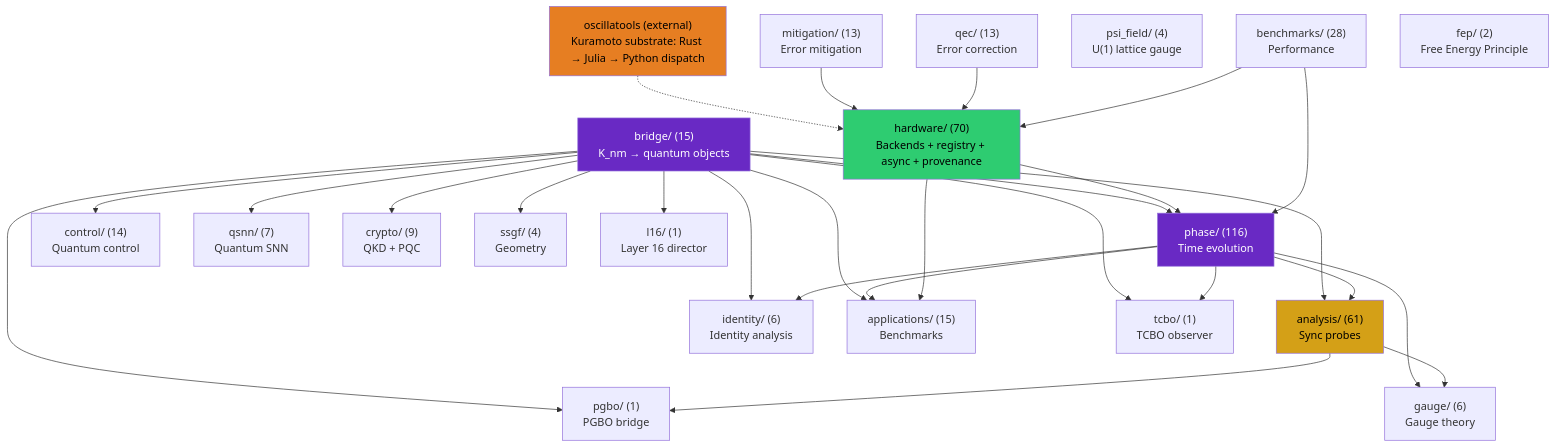
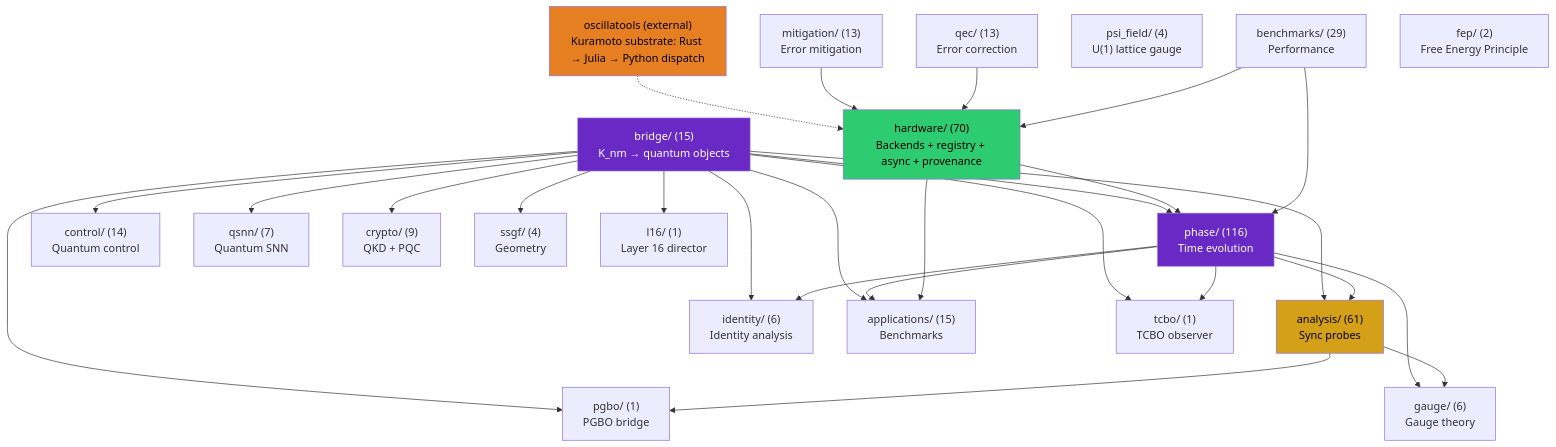
One commit to anulum/scpn-quantum-control changed the first of 4 diagrams in docs/architecture.md. Above: the diagram before and after it, drawn with Mermaid. The commit also changed other lines of this file and 9 other files, not shown here.

````diff
--- a/docs/architecture.md
+++ b/docs/architecture.md
@@ -362,55 +362,55 @@
 ```mermaid
 graph TD
     bridge["bridge/ (15)\nK_nm → quantum objects"]
     phase["phase/ (116)\nTime evolution"]
     analysis["analysis/ (61)\nSync probes"]
     control["control/ (14)\nQuantum control"]
     qsnn["qsnn/ (7)\nQuantum SNN"]
     identity["identity/ (6)\nIdentity analysis"]
     hardware["hardware/ (70)\nBackends + registry + async + provenance"]
     mitigation["mitigation/ (13)\nError mitigation"]
     qec["qec/ (13)\nError correction"]
     gauge["gauge/ (6)\nGauge theory"]
     apps["applications/ (15)\nBenchmarks"]
     crypto["crypto/ (9)\nQKD + PQC"]
-    benchmarks["benchmarks/ (28)\nPerformance"]
+    benchmarks["benchmarks/ (29)\nPerformance"]
     ssgf["ssgf/ (4)\nGeometry"]
     psi_field["psi_field/ (4)\nU(1) lattice gauge"]
     oscillatools["oscillatools (external)\nKuramoto substrate: Rust → Julia → Python dispatch"]
     fep["fep/ (2)\nFree Energy Principle"]
     tcbo["tcbo/ (1)\nTCBO observer"]
     pgbo["pgbo/ (1)\nPGBO bridge"]
     l16["l16/ (1)\nLayer 16 director"]
 
     bridge --> phase
     bridge --> analysis
     bridge --> control
     bridge --> qsnn
     bridge --> identity
     bridge --> apps
     bridge --> crypto
     bridge --> ssgf
     phase --> analysis
     phase --> identity
     phase --> apps
     phase --> gauge
     analysis --> gauge
     hardware --> phase
     hardware --> apps
     oscillatools -.-> hardware
     mitigation --> hardware
     qec --> hardware
     benchmarks --> phase
     benchmarks --> hardware
     bridge --> tcbo
     bridge --> pgbo
     bridge --> l16
     phase --> tcbo
     analysis --> pgbo
 
     style bridge fill:#6929C4,color:#fff
     style analysis fill:#d4a017,color:#000
     style phase fill:#6929C4,color:#fff
     style hardware fill:#2ecc71,color:#000
     style oscillatools fill:#e67e22,color:#000
 ```
````
